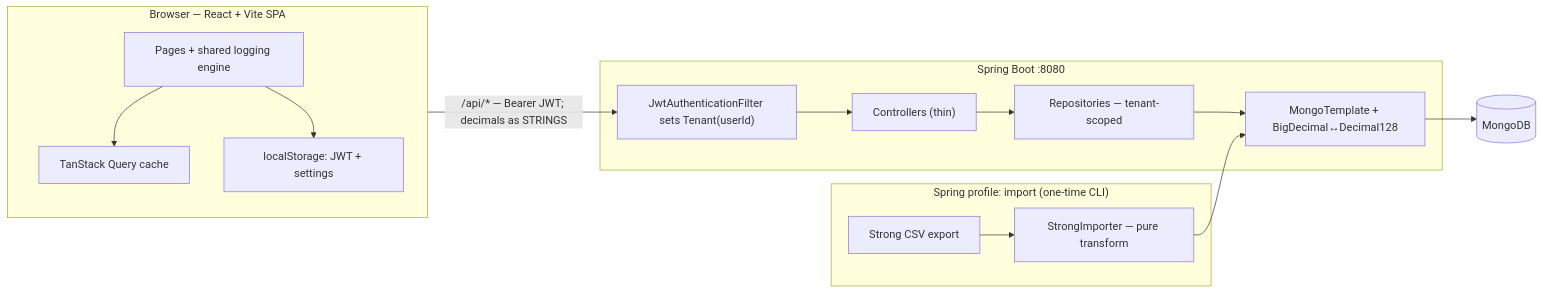
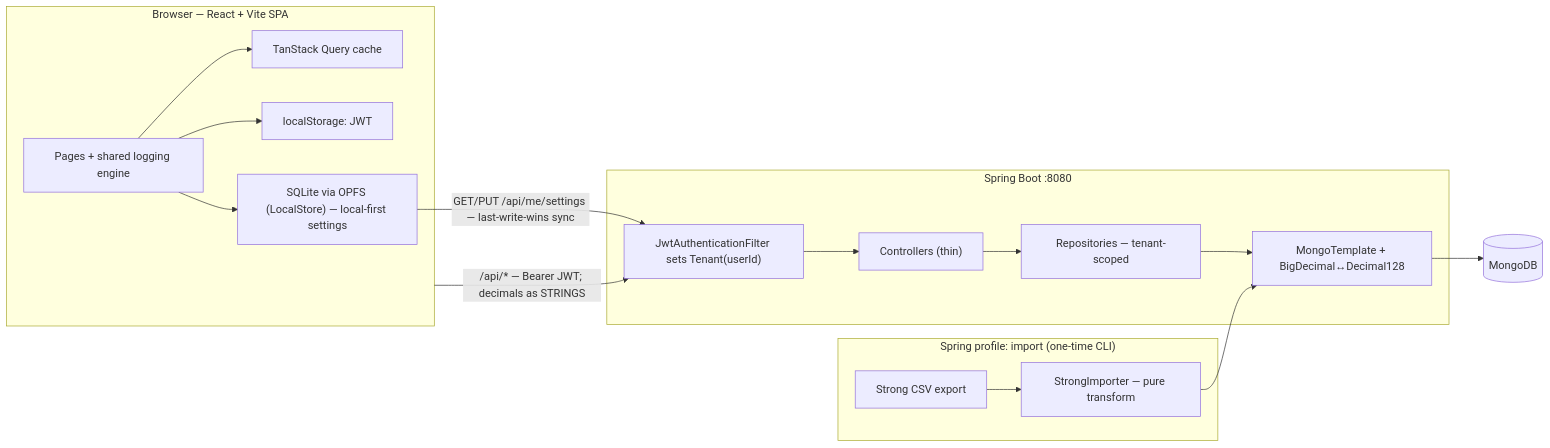
The first of 16 diagrams in DIAGRAMS.md (avishek-giftnote/workout-logger), drawn with Mermaid before and after one commit. The commit also changed other lines of this file and 2 other files, not shown here.

First line of the commit message:
Docs: add PROGRESS.md + sync diagrams to local-first settings

````diff
--- a/DIAGRAMS.md
+++ b/DIAGRAMS.md
@@ -12,26 +12,29 @@
 ```mermaid
 flowchart LR
   subgraph Client["Browser — React + Vite SPA"]
     UI["Pages + shared logging engine"]
     Q["TanStack Query cache"]
-    LS["localStorage: JWT + settings"]
+    LS["localStorage: JWT"]
+    SQ["SQLite via OPFS (LocalStore) — local-first settings"]
     UI --> Q
     UI --> LS
+    UI --> SQ
   end
 
   Client -->|"/api/* — Bearer JWT; decimals as STRINGS"| FILT
+  SQ -->|"GET/PUT /api/me/settings — last-write-wins sync"| FILT
 
   subgraph Server["Spring Boot :8080"]
     FILT["JwtAuthenticationFilter sets Tenant(userId)"]
     CTRL["Controllers (thin)"]
     REPO["Repositories — tenant-scoped"]
     MT["MongoTemplate + BigDecimal↔Decimal128"]
     FILT --> CTRL --> REPO --> MT
   end
 
   MT --> DB[("MongoDB")]
 
   subgraph Import["Spring profile: import (one-time CLI)"]
     CSV["Strong CSV export"] --> SI["StrongImporter — pure transform"] --> MT
   end
 ```
````
